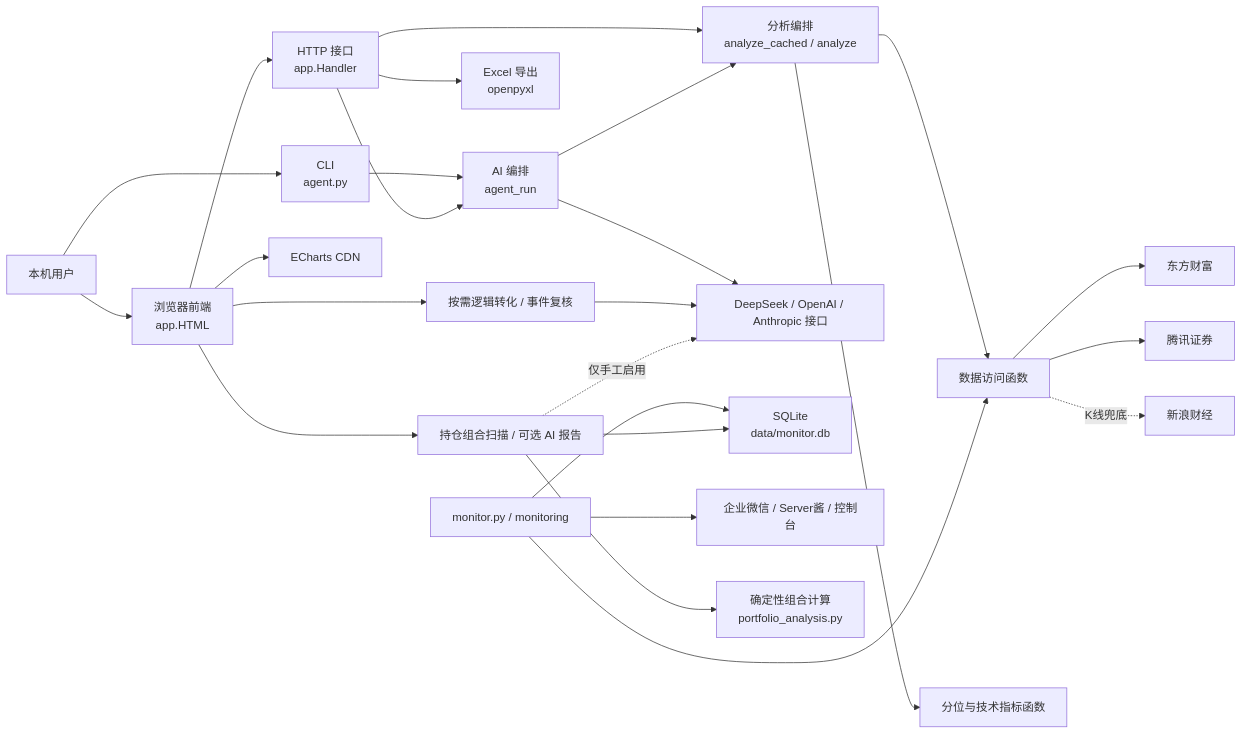
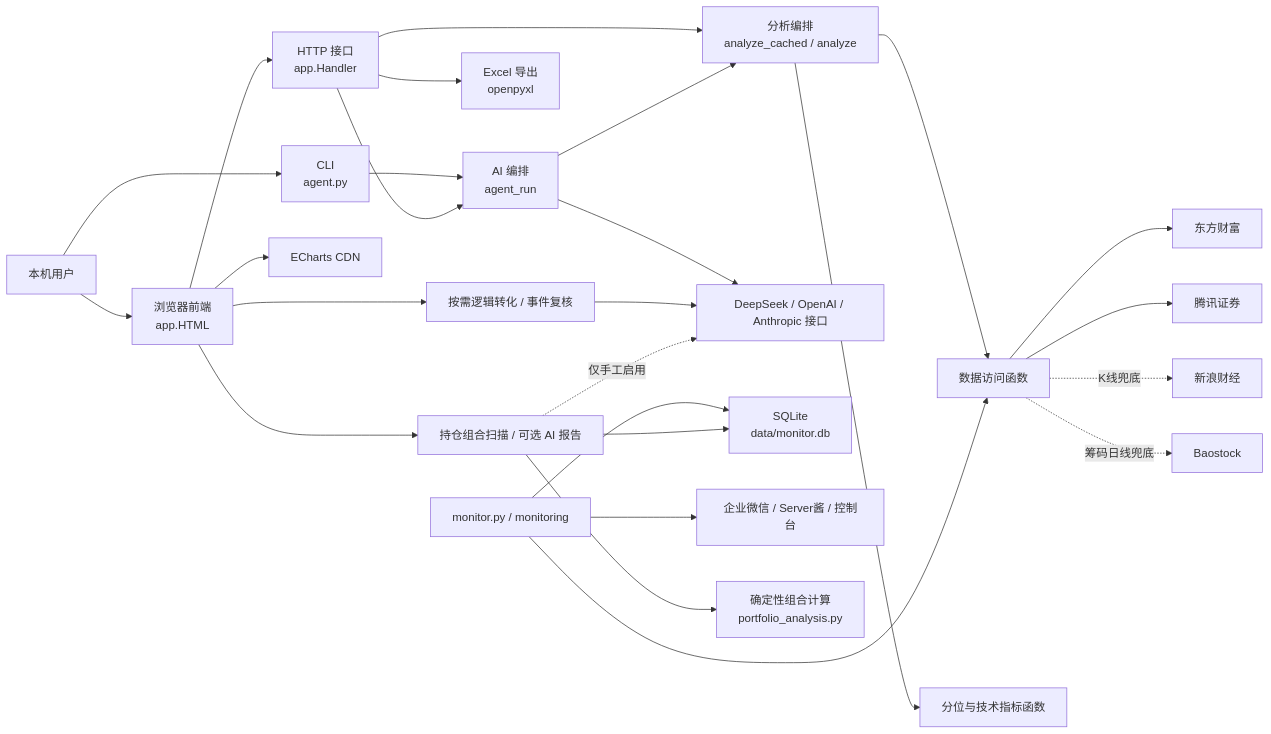
One commit to pierson1936-crypto/valuation-dashboard changed the first of 2 diagrams in docs/ARCHITECTURE.md. Above: the diagram before and after it, drawn with Mermaid. The commit also changed other lines of this file and 9 other files, not shown here.

````diff
--- a/docs/ARCHITECTURE.md
+++ b/docs/ARCHITECTURE.md
@@ -9,27 +9,28 @@
 ```mermaid
 flowchart LR
     U["本机用户"] --> B["浏览器前端<br/>app.HTML"]
     U --> C["CLI<br/>agent.py"]
     B --> H["HTTP 接口<br/>app.Handler"]
     C --> A["AI 编排<br/>agent_run"]
     H --> S["分析编排<br/>analyze_cached / analyze"]
     A --> S
     H --> A
     S --> D["数据访问函数"]
     S --> Q["分位与技术指标函数"]
     D --> EM["东方财富"]
     D --> T["腾讯证券"]
     D -. "K线兜底" .-> SI["新浪财经"]
+    D -. "筹码日线兜底" .-> BS["Baostock"]
     A --> L["DeepSeek / OpenAI / Anthropic 接口"]
     H --> X["Excel 导出<br/>openpyxl"]
     B --> E["ECharts CDN"]
     M["monitor.py / monitoring"] --> D
     M --> DB["SQLite<br/>data/monitor.db"]
     M --> W["企业微信 / Server酱 / 控制台"]
     B --> R["按需逻辑转化 / 事件复核"]
     R --> L
     B --> P["持仓组合扫描 / 可选 AI 报告"]
     P --> PA["确定性组合计算<br/>portfolio_analysis.py"]
     P --> DB
     P -. "仅手工启用" .-> L
 ```
````
